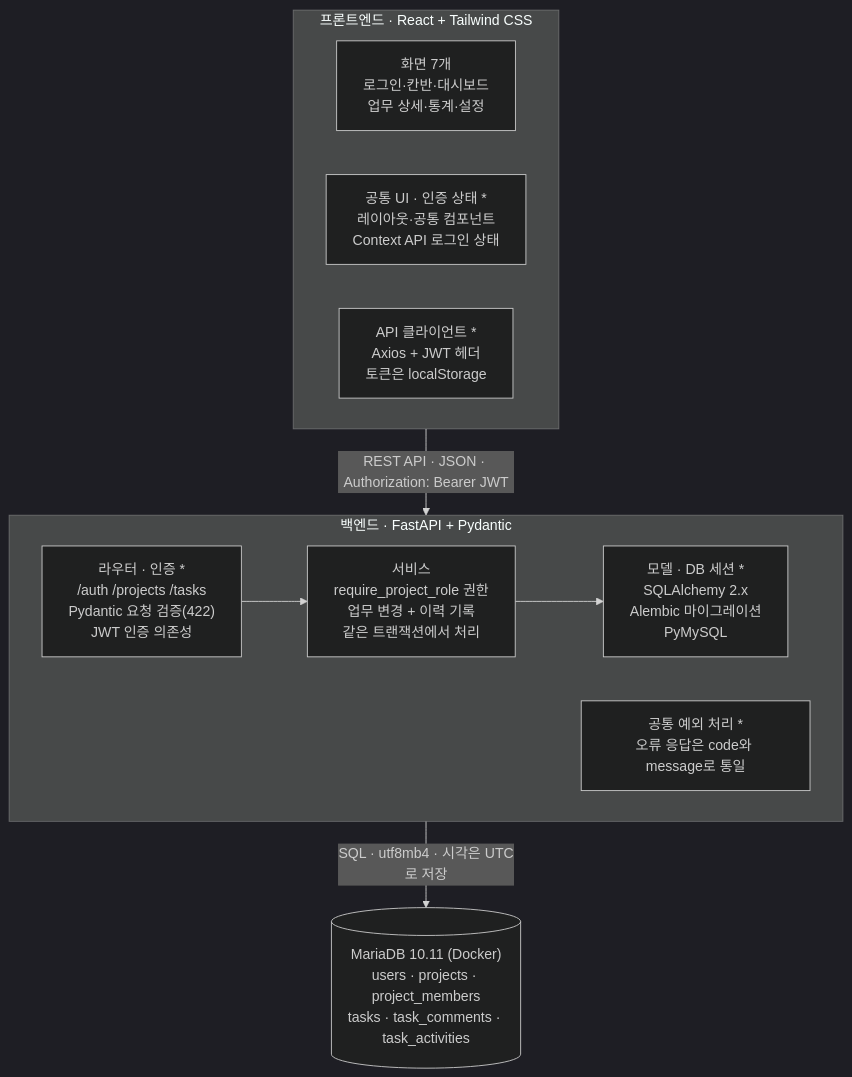
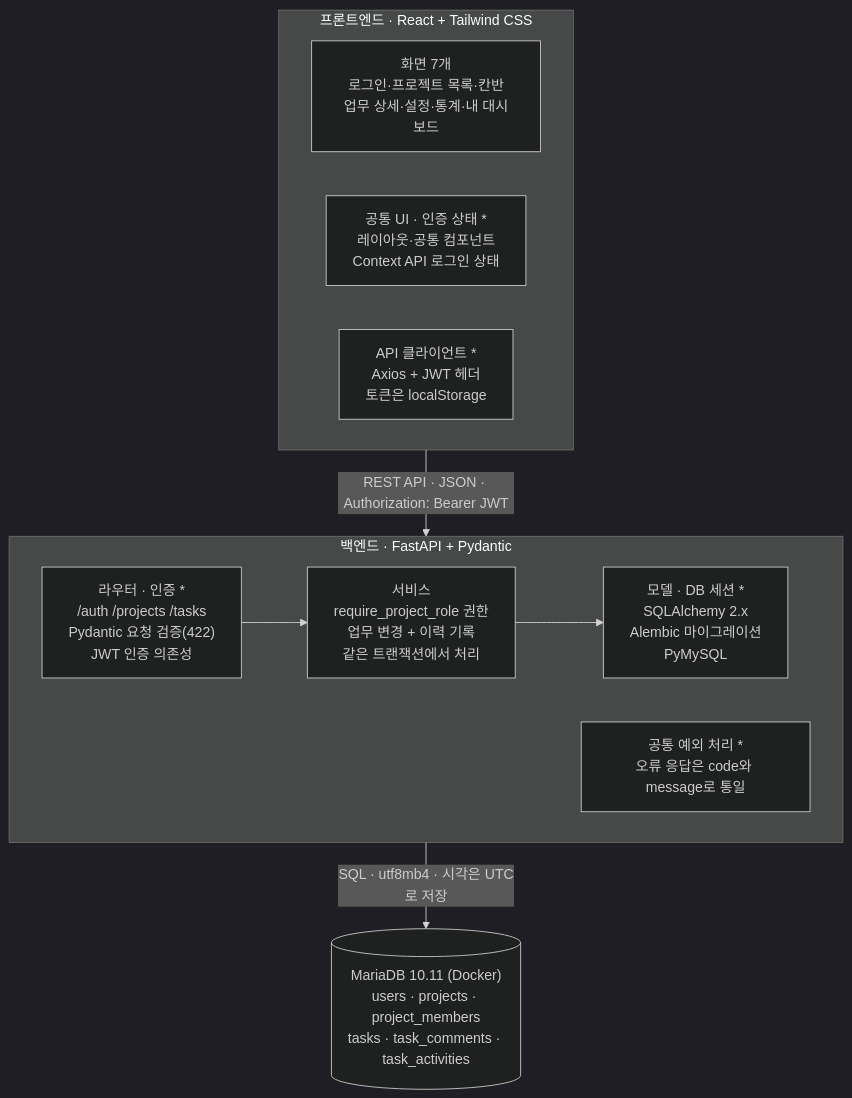
Before and after one commit to azaz1238-tech/-Doing_It-: the first of 2 diagrams in docs/PROPOSAL.md, drawn with Mermaid (dark theme). The commit also changed other lines of this file and 14 other files, not shown here.

````diff
--- a/docs/PROPOSAL.md
+++ b/docs/PROPOSAL.md
@@ -119,18 +119,18 @@
 ```mermaid
 flowchart TB
     subgraph FE["프론트엔드 · React + Tailwind CSS"]
-        P["화면 7개<br/>로그인·칸반·대시보드<br/>업무 상세·통계·설정"]
+        P["화면 7개<br/>로그인·프로젝트 목록·칸반<br/>업무 상세·설정·통계·내 대시보드"]
         C["공통 UI · 인증 상태 *<br/>레이아웃·공통 컴포넌트<br/>Context API 로그인 상태"]
         A["API 클라이언트 *<br/>Axios + JWT 헤더<br/>토큰은 localStorage"]
     end
     subgraph BE["백엔드 · FastAPI + Pydantic"]
         R["라우터 · 인증 *<br/>/auth /projects /tasks<br/>Pydantic 요청 검증(422)<br/>JWT 인증 의존성"]
         S["서비스<br/>require_project_role 권한<br/>업무 변경 + 이력 기록<br/>같은 트랜잭션에서 처리"]
         M["모델 · DB 세션 *<br/>SQLAlchemy 2.x<br/>Alembic 마이그레이션<br/>PyMySQL"]
         E["공통 예외 처리 *<br/>오류 응답은 code와 message로 통일"]
         R --> S --> M
     end
     DB[("MariaDB 10.11 (Docker)<br/>users · projects · project_members<br/>tasks · task_comments · task_activities")]
     FE -- "REST API · JSON · Authorization: Bearer JWT" --> BE
     BE -- "SQL · utf8mb4 · 시각은 UTC로 저장" --> DB
 ```
````
